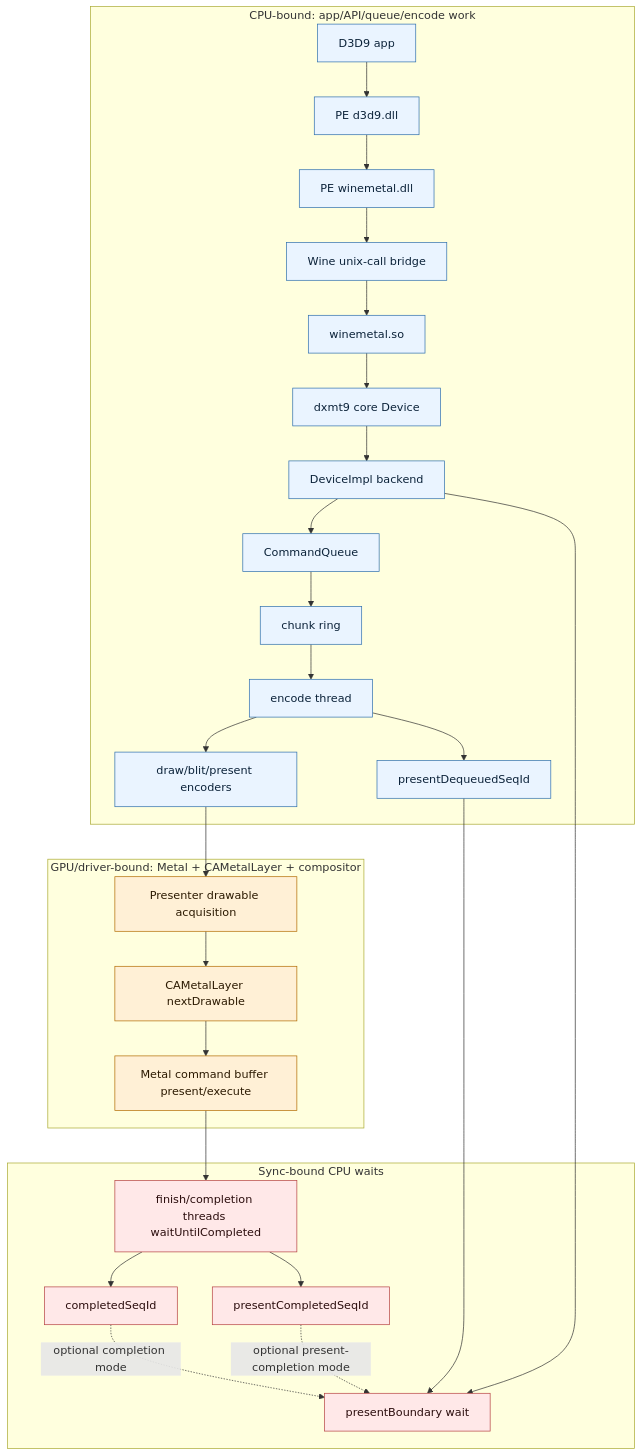
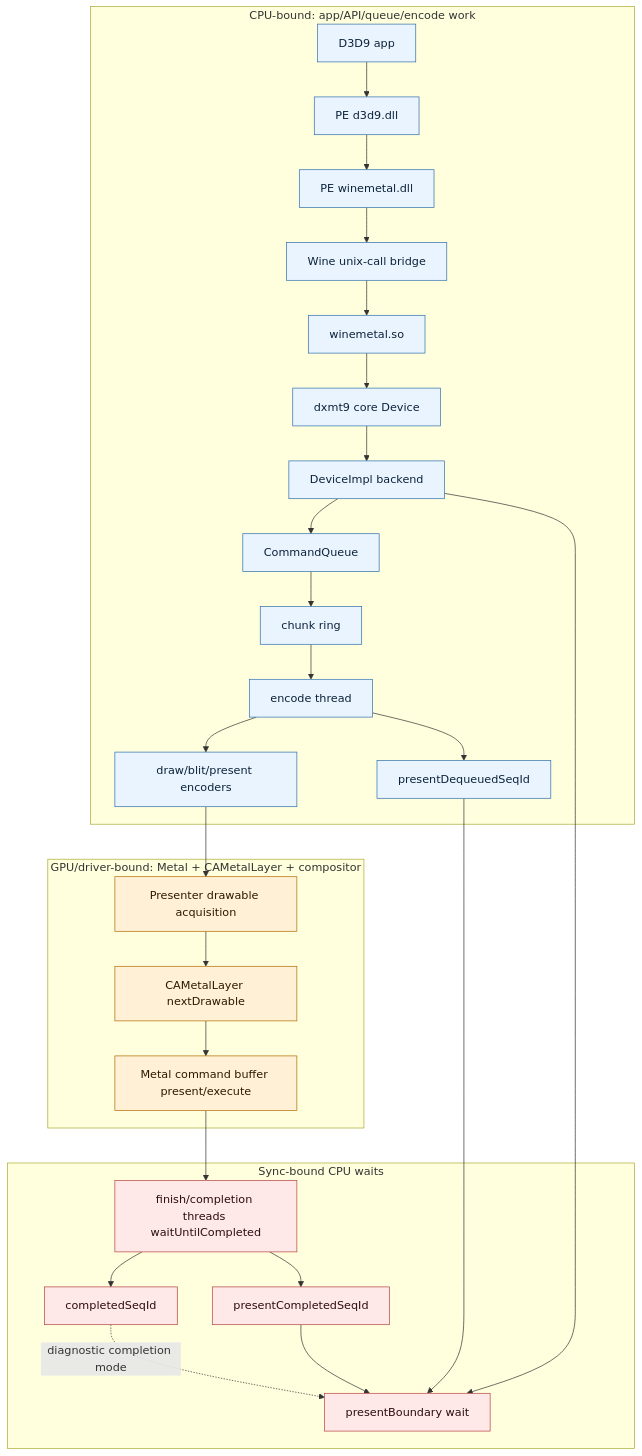
One commit to dfdgsdfg/dxmt9 changed the first of 10 diagrams in docs/perfomance-bottleneck.md. Above: the diagram before and after it, drawn with Mermaid. The commit also changed other lines of this file and 7 other files, not shown here.

````diff
--- a/docs/perfomance-bottleneck.md
+++ b/docs/perfomance-bottleneck.md
@@ -19,46 +19,46 @@
 ```mermaid
 flowchart TD
   subgraph CPU["CPU-bound: app/API/queue/encode work"]
     App[D3D9 app]
     D3D9PE[PE d3d9.dll]
     WinemetalPE[PE winemetal.dll]
     UnixCall[Wine unix-call bridge]
     WinemetalSO[winemetal.so]
     Core[dxmt9 core Device]
     Backend[DeviceImpl backend]
     CQ[CommandQueue]
     ChunkRing[chunk ring]
     EncodeThread[encode thread]
     DrawEnc[draw/blit/present encoders]
     Dequeued[presentDequeuedSeqId]
   end
 
   subgraph GPUDriver["GPU/driver-bound: Metal + CAMetalLayer + compositor"]
     Presenter[Presenter drawable acquisition]
     Layer[CAMetalLayer nextDrawable]
     MetalCB[Metal command buffer present/execute]
   end
 
   subgraph Sync["Sync-bound CPU waits"]
     Finish[finish/completion threads waitUntilCompleted]
     Boundary[presentBoundary wait]
     Completed[completedSeqId]
     PresentCompleted[presentCompletedSeqId]
   end
 
   App --> D3D9PE --> WinemetalPE --> UnixCall --> WinemetalSO --> Core --> Backend --> CQ --> ChunkRing --> EncodeThread --> DrawEnc
   DrawEnc --> Presenter --> Layer --> MetalCB --> Finish
   EncodeThread --> Dequeued --> Boundary
   Backend --> Boundary
   Finish --> Completed
   Finish --> PresentCompleted
-  Completed -. optional completion mode .-> Boundary
-  PresentCompleted -. optional present-completion mode .-> Boundary
+  Completed -. diagnostic completion mode .-> Boundary
+  PresentCompleted --> Boundary
 
   classDef cpu fill:#eaf4ff,stroke:#2f6fad,color:#0b2239
   classDef gpu fill:#fff0d6,stroke:#b26b00,color:#2b1900
   classDef sync fill:#ffe8e8,stroke:#b64242,color:#2b0d0d
   class App,D3D9PE,WinemetalPE,UnixCall,WinemetalSO,Core,Backend,CQ,ChunkRing,EncodeThread,DrawEnc,Dequeued cpu
   class Presenter,Layer,MetalCB gpu
   class Finish,Boundary,Completed,PresentCompleted sync
 ```
````
